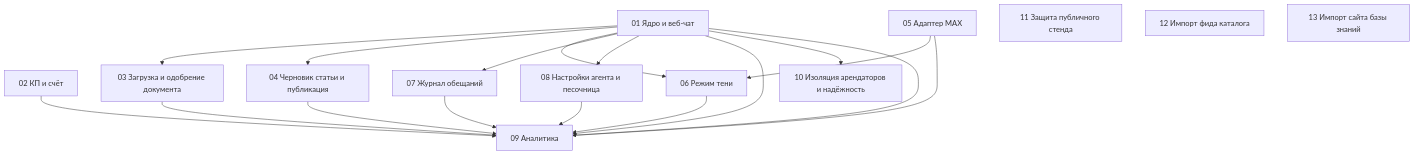
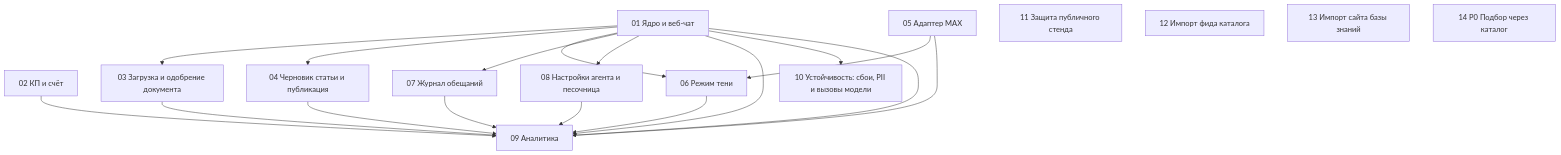
One commit to ai4bordon/aisupport changed the diagram in .scratch/support-agent/map.md. Above: the diagram before and after it, drawn with Mermaid. The commit also changed other lines of this file and 7 other files, not shown here.

````diff
--- a/.scratch/support-agent/map.md
+++ b/.scratch/support-agent/map.md
@@ -47,32 +48,33 @@
- ```mermaid
+```mermaid
  graph TD
    T01[01 Ядро и веб-чат]
    T02[02 КП и счёт]
    T03[03 Загрузка и одобрение документа]
    T04[04 Черновик статьи и публикация]
    T05[05 Адаптер MAX]
    T06[06 Режим тени]
    T07[07 Журнал обещаний]
    T08[08 Настройки агента и песочница]
    T09[09 Аналитика]
-   T10[10 Изоляция арендаторов и надёжность]
+   T10[10 Устойчивость: сбои, PII и вызовы модели]
    T11[11 Защита публичного стенда]
    T12[12 Импорт фида каталога]
    T13[13 Импорт сайта базы знаний]
+   T14[14 P0 Подбор через каталог]
    T01 --> T03
    T01 --> T04
    T01 --> T06
    T01 --> T07
    T01 --> T08
    T01 --> T09
    T01 --> T10
    T05 --> T06
    T01 --> T09
    T02 --> T09
    T03 --> T09
    T04 --> T09
    T05 --> T09
    T06 --> T09
    T07 --> T09
    T08 --> T09
- ```
+``` 
````
